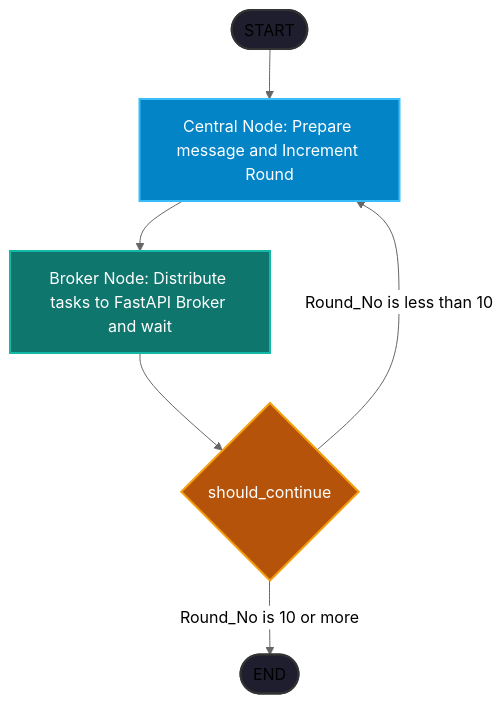
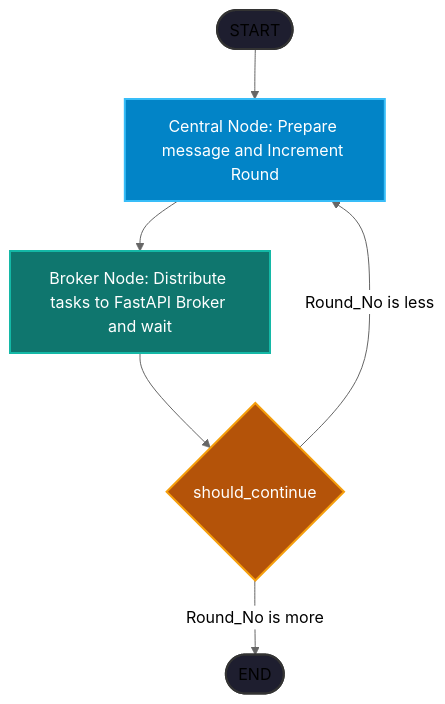
The second of 3 diagrams in README.md (Chef-strash/Agents-Cluster), drawn with Mermaid (neutral theme) before and after one commit.

````diff
--- a/README.md
+++ b/README.md
@@ -51,14 +51,14 @@
 ```mermaid
 graph TD
     StartNode([START]) --> CentralNode[Central Node: Prepare message and Increment Round]
     CentralNode --> BrokerNode[Broker Node: Distribute tasks to FastAPI Broker and wait]
     BrokerNode --> DecisionNode{should_continue}
-    DecisionNode -->|Round_No is less than 10| CentralNode
-    DecisionNode -->|Round_No is 10 or more| EndNode([END])
+    DecisionNode -->|Round_No is less| CentralNode
+    DecisionNode -->|Round_No is more| EndNode([END])
     
     style StartNode fill:#1e1e2f,stroke:#333,stroke-width:2px;
     style EndNode fill:#1e1e2f,stroke:#333,stroke-width:2px;
     style CentralNode fill:#0284c7,stroke:#38bdf8,stroke-width:2px,color:#fff;
     style BrokerNode fill:#0f766e,stroke:#14b8a6,stroke-width:2px,color:#fff;
     style DecisionNode fill:#b45309,stroke:#f59e0b,stroke-width:2px,color:#fff;
 ```
````
